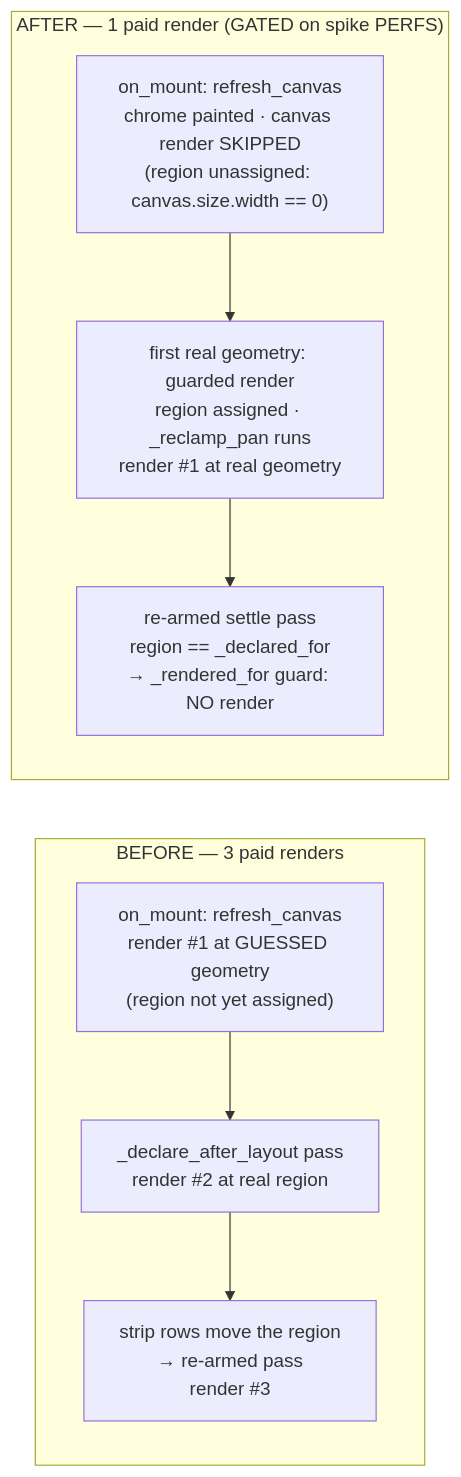
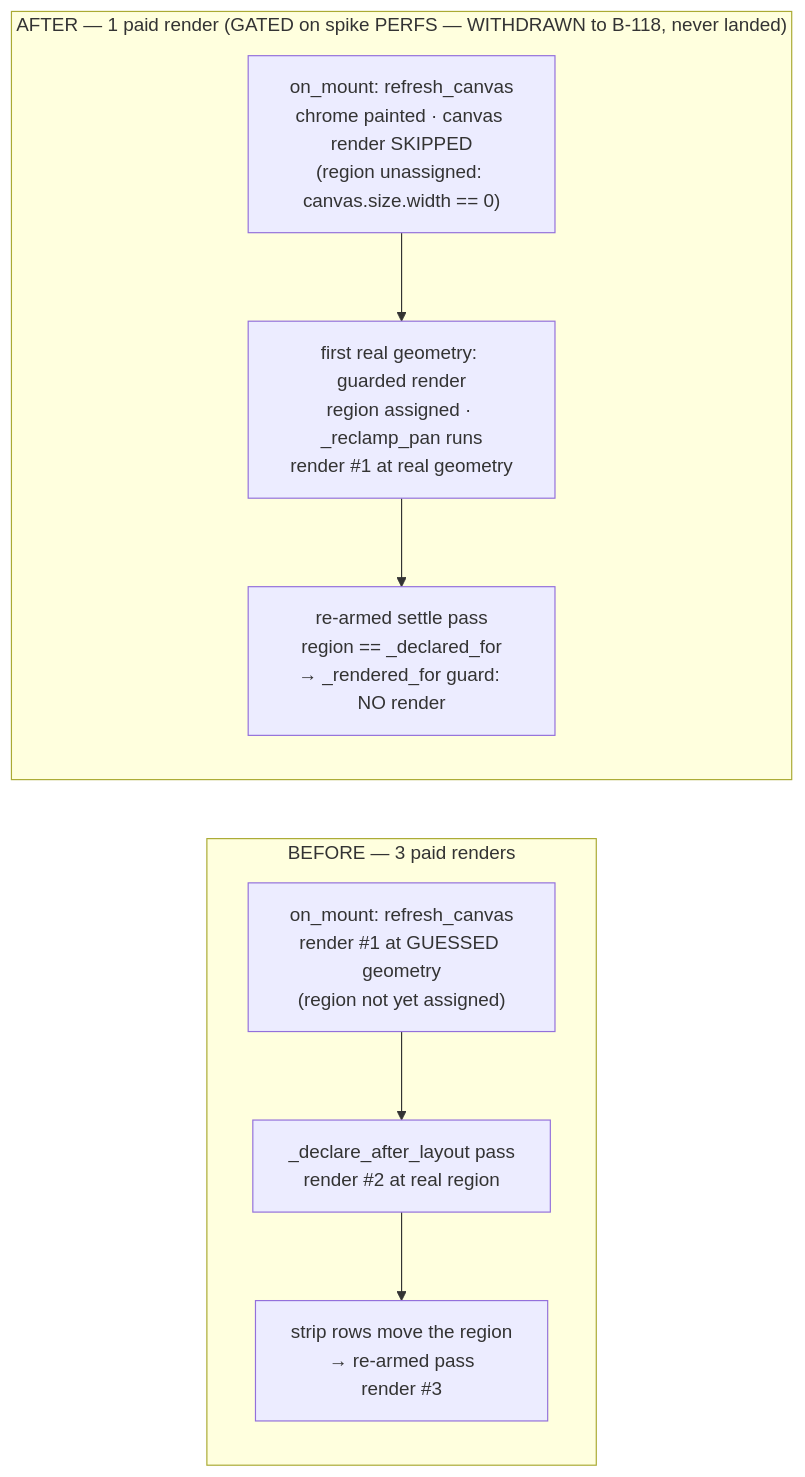
The second of 2 diagrams in .dev-flow/2026-10-10-perf-batch/design/design-proposal.md (jav201/mapper), drawn with Mermaid before and after one commit. The commit also changed other lines of this file and 4 other files, not shown here.

Commit message:
docs(dev-flow): perf Lane S withdrawn to B-118 (spike inconclusive), LED .3 (Kimi)

````diff
--- a/.dev-flow/2026-10-10-perf-batch/design/design-proposal.md
+++ b/.dev-flow/2026-10-10-perf-batch/design/design-proposal.md
@@ -131,15 +138,15 @@
 ```mermaid
 flowchart LR
     subgraph before ["BEFORE — 3 paid renders"]
         b1["on_mount: refresh_canvas<br/>render #1 at GUESSED geometry<br/>(region not yet assigned)"]
         b2["_declare_after_layout pass<br/>render #2 at real region"]
         b3["strip rows move the region<br/>→ re-armed pass<br/>render #3"]
         b1 --> b2 --> b3
     end
-    subgraph after ["AFTER — 1 paid render (GATED on spike PERFS)"]
+    subgraph after ["AFTER — 1 paid render (GATED on spike PERFS — WITHDRAWN to B-118, never landed)"]
         a1["on_mount: refresh_canvas<br/>chrome painted · canvas render SKIPPED<br/>(region unassigned: canvas.size.width == 0)"]
         a2["first real geometry: guarded render<br/>region assigned · _reclamp_pan runs<br/>render #1 at real geometry"]
         a3["re-armed settle pass<br/>region == _declared_for<br/>→ _rendered_for guard: NO render"]
         a1 --> a2 --> a3
     end
 ```
````
